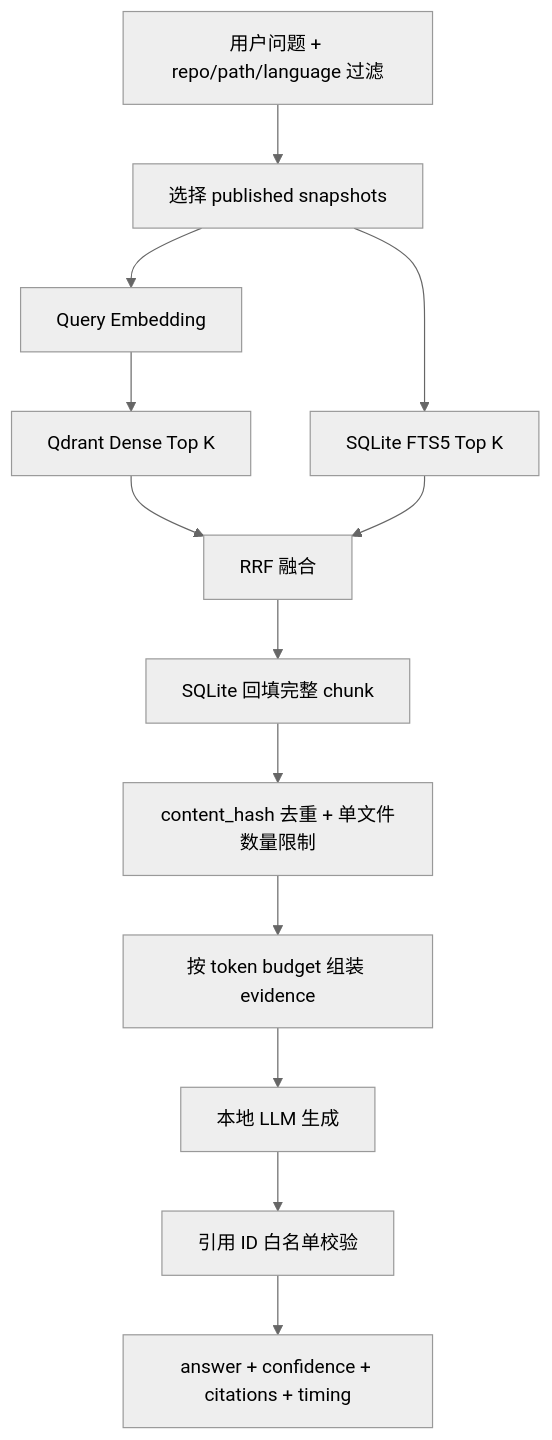
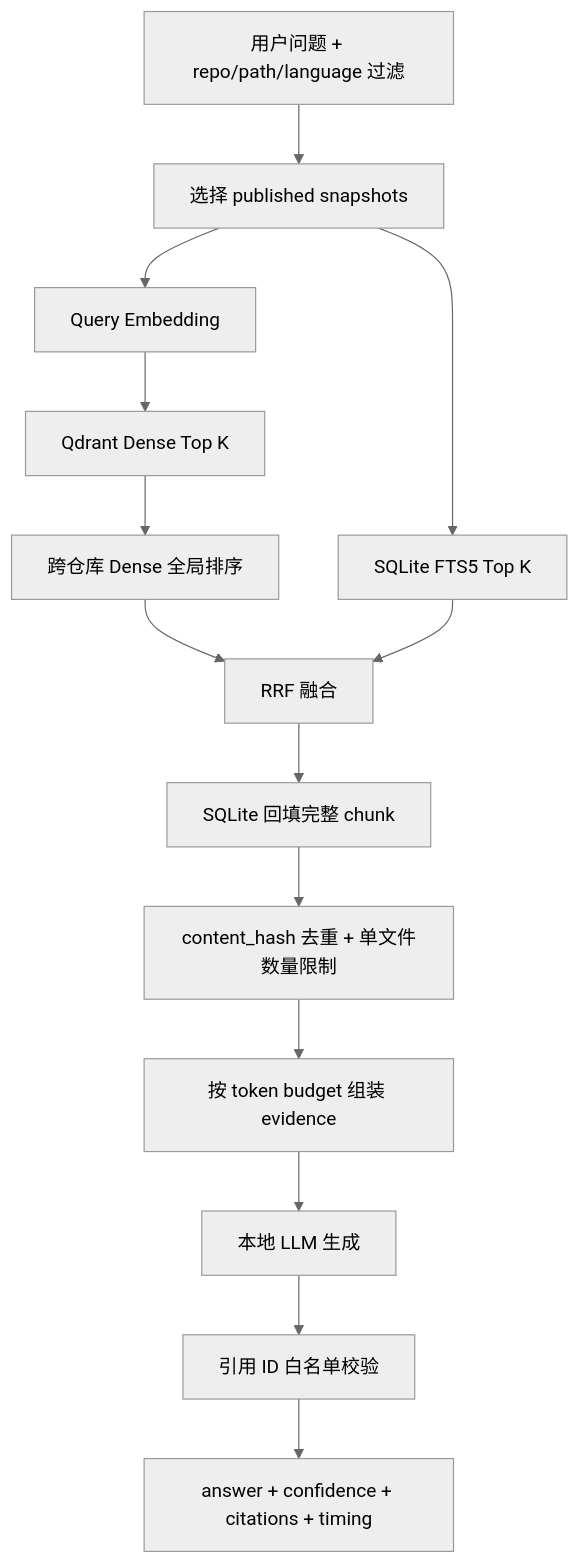
One commit to wangmangguo555-del/RAG changed the third of 3 diagrams in README.md. Above: the diagram before and after it, drawn with Mermaid (neutral theme). The commit also changed other lines of this file and 35 other files, not shown here.

````diff
--- a/README.md
+++ b/README.md
@@ -297,15 +313,16 @@
 ```mermaid
 flowchart TD
     Q["用户问题 + repo/path/language 过滤"] --> P["选择 published snapshots"]
     P --> QE["Query Embedding"]
     QE --> D["Qdrant Dense Top K"]
     P --> K["SQLite FTS5 Top K"]
-    D --> R["RRF 融合"]
+    D --> G["跨仓库 Dense 全局排序"]
+    G --> R["RRF 融合"]
     K --> R
     R --> H["SQLite 回填完整 chunk"]
     H --> V["content_hash 去重 + 单文件数量限制"]
     V --> C["按 token budget 组装 evidence"]
     C --> L["本地 LLM 生成"]
     L --> X["引用 ID 白名单校验"]
     X --> O["answer + confidence + citations + timing"]
 ```
````
